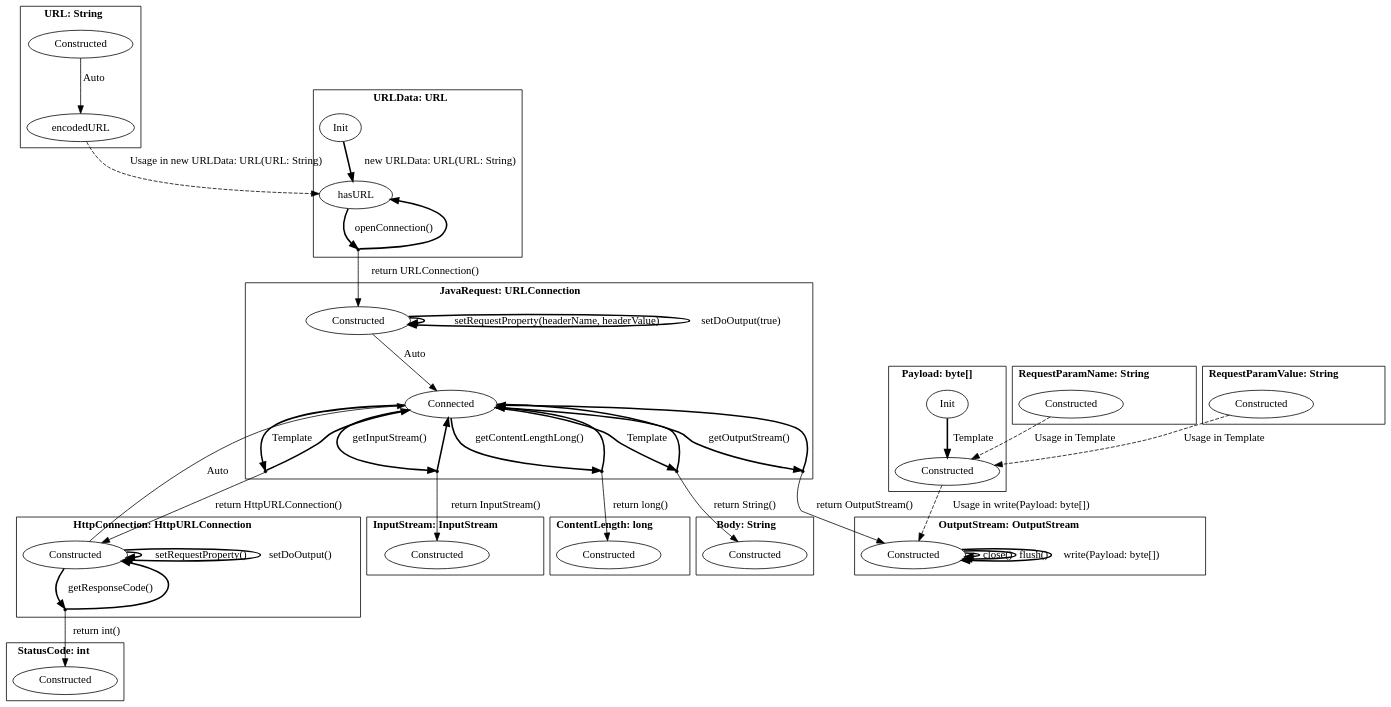
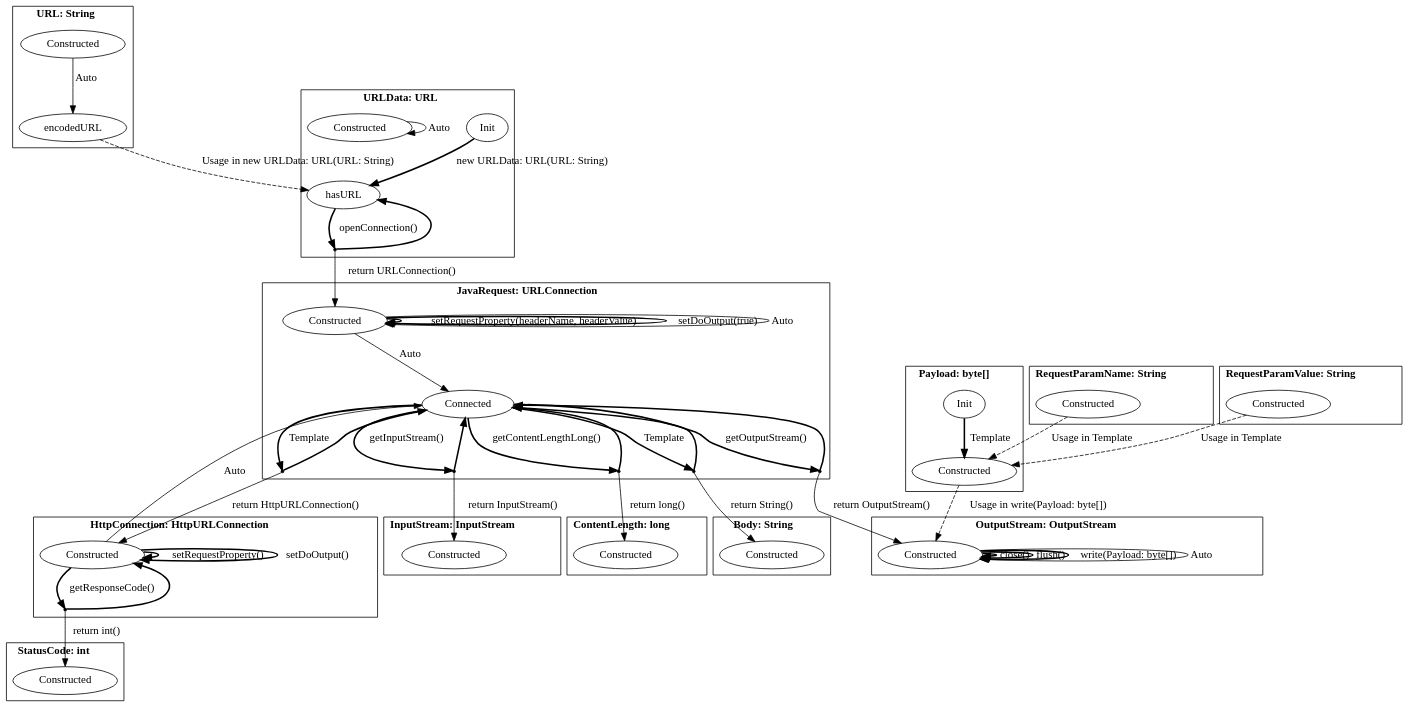
One commit to h31/LibraryMigration changed the diagram in pictures/java.dot. Above: the diagram before and after it, drawn with Graphviz. The commit also changed 12 other files, not shown here.

```diff
--- a/pictures/java.dot
+++ b/pictures/java.dot
@@ -1,99 +1,103 @@
 digraph G {
     bgcolor="transparent";
     subgraph cluster0 {
     label = <<B>URL: String</B>>;
         Constructed_URL [ label="Constructed" ];
         encodedURL_URL [ label="encodedURL" ];
     }
     subgraph cluster1 {
     label = <<B>URLData: URL</B>>;
         Init_URLData [ label="Init" ];
         hasURL_URLData [ label="hasURL" ];
+        Constructed_URLData [ label="Constructed" ];
         virtual0 [ shape = point ];
     }
     subgraph cluster2 {
     label = <<B>JavaRequest: URLConnection</B>>;
         Constructed_JavaRequest [ label="Constructed" ];
         Connected_JavaRequest [ label="Connected" ];
         virtual1 [ shape = point ];
         virtual2 [ shape = point ];
         virtual3 [ shape = point ];
         virtual4 [ shape = point ];
         virtual5 [ shape = point ];
     }
     subgraph cluster3 {
     label = <<B>Body: String</B>>;
         Constructed_Body [ label="Constructed" ];
     }
     subgraph cluster4 {
     label = <<B>InputStream: InputStream</B>>;
         Constructed_InputStream [ label="Constructed" ];
     }
     subgraph cluster5 {
     label = <<B>ContentLength: long</B>>;
         Constructed_ContentLength [ label="Constructed" ];
     }
     subgraph cluster6 {
     label = <<B>StatusCode: int</B>>;
         Constructed_StatusCode [ label="Constructed" ];
     }
     subgraph cluster7 {
     label = <<B>HttpConnection: HttpURLConnection</B>>;
         Constructed_HttpConnection [ label="Constructed" ];
         virtual6 [ shape = point ];
     }
     subgraph cluster8 {
     label = <<B>OutputStream: OutputStream</B>>;
         Constructed_OutputStream [ label="Constructed" ];
     }
     subgraph cluster9 {
     label = <<B>Payload: byte[]</B>>;
         Init_Payload [ label="Init" ];
         Constructed_Payload [ label="Constructed" ];
     }
     subgraph cluster10 {
     label = <<B>RequestParamName: String</B>>;
         Constructed_RequestParamName [ label="Constructed" ];
     }
     subgraph cluster11 {
     label = <<B>RequestParamValue: String</B>>;
         Constructed_RequestParamValue [ label="Constructed" ];
     }
         Constructed_URL -> encodedURL_URL [ label="Auto", style = "solid"  ];
         encodedURL_URL -> hasURL_URLData [ label="Usage in new URLData: URL(URL: String)", style = "dashed"  ];
         Init_URLData -> hasURL_URLData [ label="new URLData: URL(URL: String)", style = "bold"  ];
         hasURL_URLData -> virtual0 [ style = "bold" label="openConnection()"  ];
         virtual0 -> hasURL_URLData [ style = "bold"  ];
         virtual0 -> Constructed_JavaRequest [ label="return URLConnection()"  ];
+        Constructed_URLData -> Constructed_URLData [ label="Auto", style = "solid"  ];
         Constructed_JavaRequest -> Connected_JavaRequest [ label="Auto", style = "solid"  ];
         Connected_JavaRequest -> virtual1 [ style = "bold" label="Template"  ];
         virtual1 -> Connected_JavaRequest [ style = "bold"  ];
         virtual1 -> Constructed_Body [ label="return String()"  ];
         Connected_JavaRequest -> virtual2 [ style = "bold" label="getInputStream()"  ];
         virtual2 -> Connected_JavaRequest [ style = "bold"  ];
         virtual2 -> Constructed_InputStream [ label="return InputStream()"  ];
         Constructed_JavaRequest -> Constructed_JavaRequest [ label="setRequestProperty(headerName, headerValue)", style = "bold"  ];
         Constructed_JavaRequest -> Constructed_JavaRequest [ label="setDoOutput(true)", style = "bold"  ];
         Connected_JavaRequest -> virtual3 [ style = "bold" label="getContentLengthLong()"  ];
         virtual3 -> Connected_JavaRequest [ style = "bold"  ];
         virtual3 -> Constructed_ContentLength [ label="return long()"  ];
         Connected_JavaRequest -> virtual4 [ style = "bold" label="getOutputStream()"  ];
         virtual4 -> Connected_JavaRequest [ style = "bold"  ];
         virtual4 -> Constructed_OutputStream [ label="return OutputStream()"  ];
         Connected_JavaRequest -> virtual5 [ style = "bold" label="Template"  ];
         virtual5 -> Connected_JavaRequest [ style = "bold"  ];
         virtual5 -> Constructed_HttpConnection [ label="return HttpURLConnection()"  ];
+        Constructed_JavaRequest -> Constructed_JavaRequest [ label="Auto", style = "solid"  ];
         Constructed_HttpConnection -> Connected_JavaRequest [ label="Auto", style = "solid"  ];
         Constructed_HttpConnection -> virtual6 [ style = "bold" label="getResponseCode()"  ];
         virtual6 -> Constructed_HttpConnection [ style = "bold"  ];
         virtual6 -> Constructed_StatusCode [ label="return int()"  ];
         Constructed_HttpConnection -> Constructed_HttpConnection [ label="setRequestProperty()", style = "bold"  ];
         Constructed_HttpConnection -> Constructed_HttpConnection [ label="setDoOutput()", style = "bold"  ];
         Constructed_OutputStream -> Constructed_OutputStream [ label="close()", style = "bold"  ];
         Constructed_OutputStream -> Constructed_OutputStream [ label="flush()", style = "bold"  ];
         Constructed_OutputStream -> Constructed_OutputStream [ label="write(Payload: byte[])", style = "bold"  ];
+        Constructed_OutputStream -> Constructed_OutputStream [ label="Auto", style = "solid"  ];
         Init_Payload -> Constructed_Payload [ label="Template", style = "bold"  ];
         Constructed_Payload -> Constructed_OutputStream [ label="Usage in write(Payload: byte[])", style = "dashed"  ];
         Constructed_RequestParamName -> Constructed_Payload [ label="Usage in Template", style = "dashed"  ];
         Constructed_RequestParamValue -> Constructed_Payload [ label="Usage in Template", style = "dashed"  ];
 }
```
